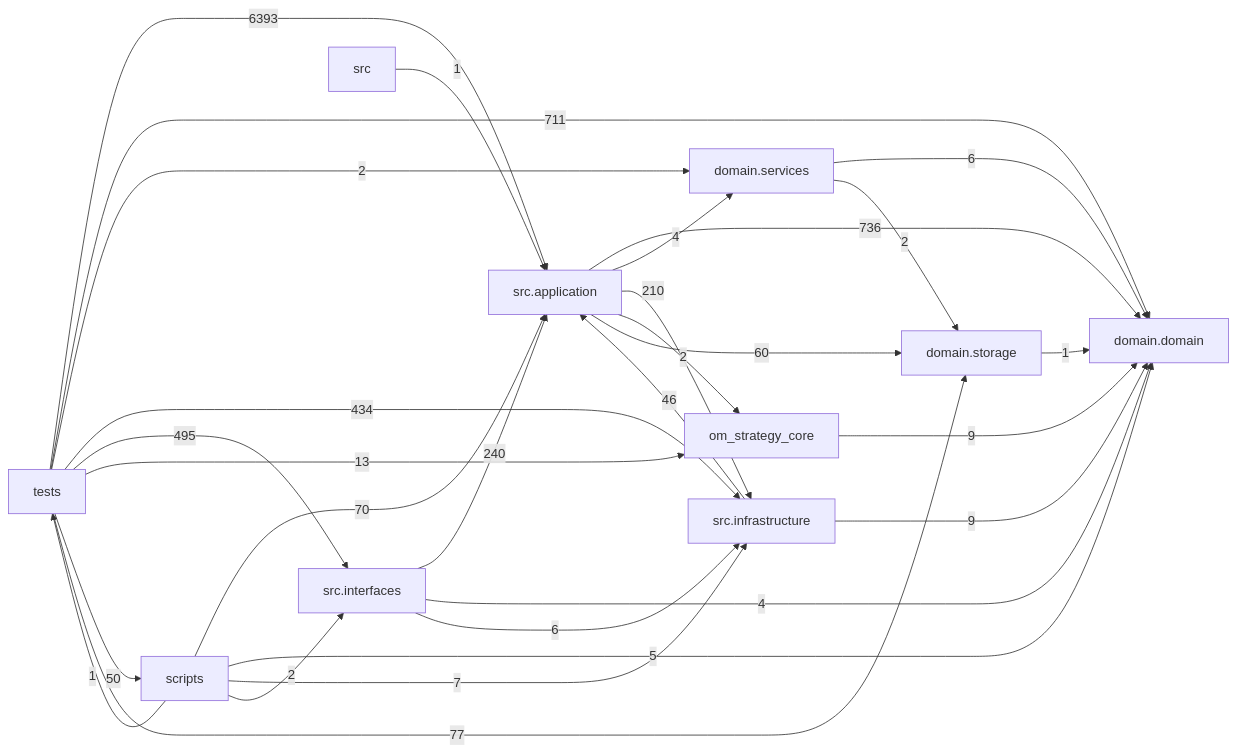
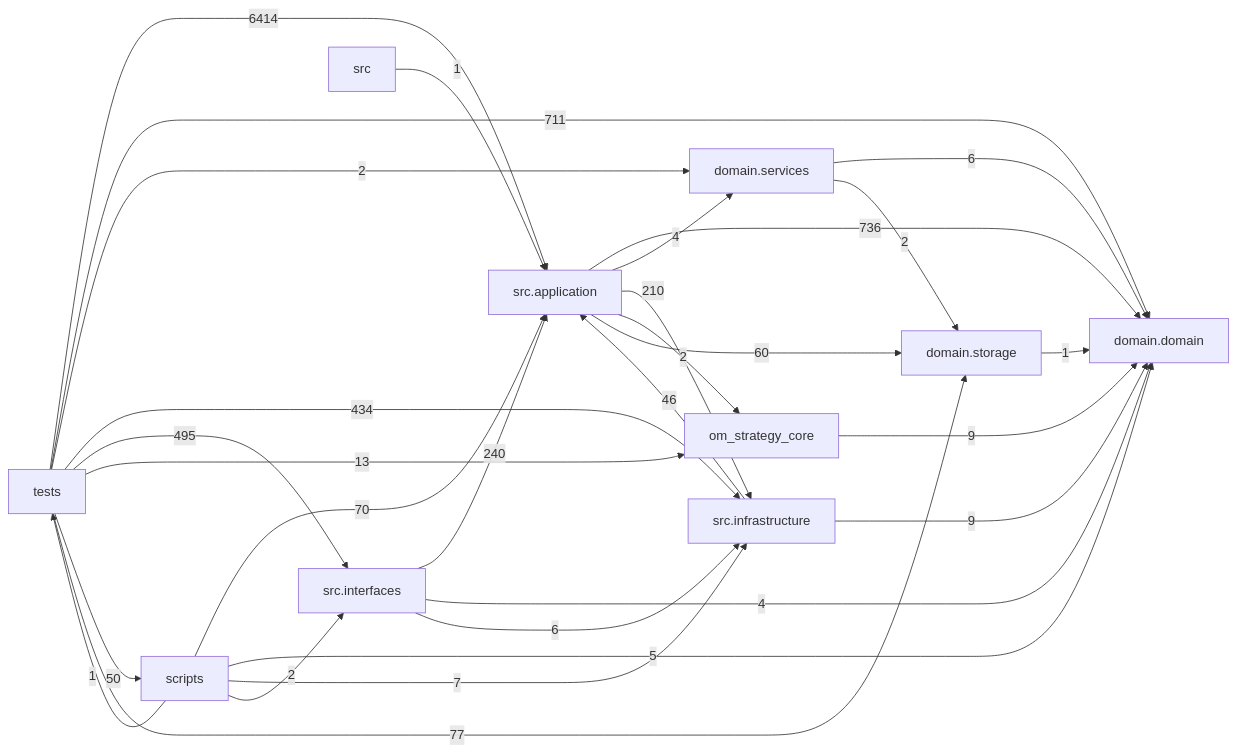
Before and after one commit to liuxie066/options-monitor: the diagram in docs/DEPENDENCY_GRAPH.md, drawn with Mermaid. The commit also changed other lines of this file and 18 other files, not shown here.

````diff
--- a/docs/DEPENDENCY_GRAPH.md
+++ b/docs/DEPENDENCY_GRAPH.md
@@ -24,39 +24,39 @@
 ```mermaid
 flowchart LR
   tests["tests"]
   scripts["scripts"]
   interfaces["src.interfaces"]
   application["src.application"]
   infrastructure["src.infrastructure"]
   domain_services["domain.services"]
   domain["domain.domain"]
   storage["domain.storage"]
   application -->|736| domain
   application -->|4| domain_services
   application -->|210| infrastructure
   application -->|2| om_strategy_core
   application -->|60| storage
   domain_services -->|6| domain
   domain_services -->|2| storage
   infrastructure -->|46| application
   infrastructure -->|9| domain
   interfaces -->|240| application
   interfaces -->|4| domain
   interfaces -->|6| infrastructure
   om_strategy_core -->|9| domain
   scripts -->|70| application
   scripts -->|5| domain
   scripts -->|7| infrastructure
   scripts -->|2| interfaces
   scripts -->|1| tests
   src -->|1| application
   storage -->|1| domain
-  tests -->|6393| application
+  tests -->|6414| application
   tests -->|711| domain
   tests -->|2| domain_services
   tests -->|434| infrastructure
   tests -->|495| interfaces
   tests -->|13| om_strategy_core
   tests -->|50| scripts
   tests -->|77| storage
 ```
````
